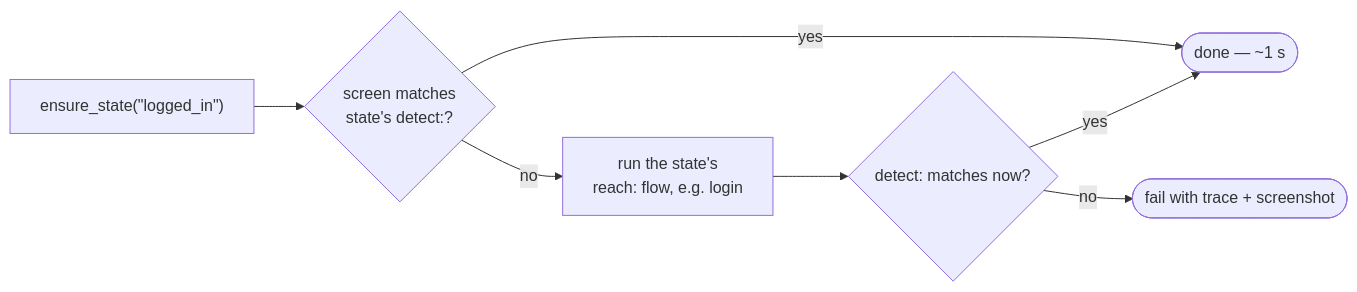
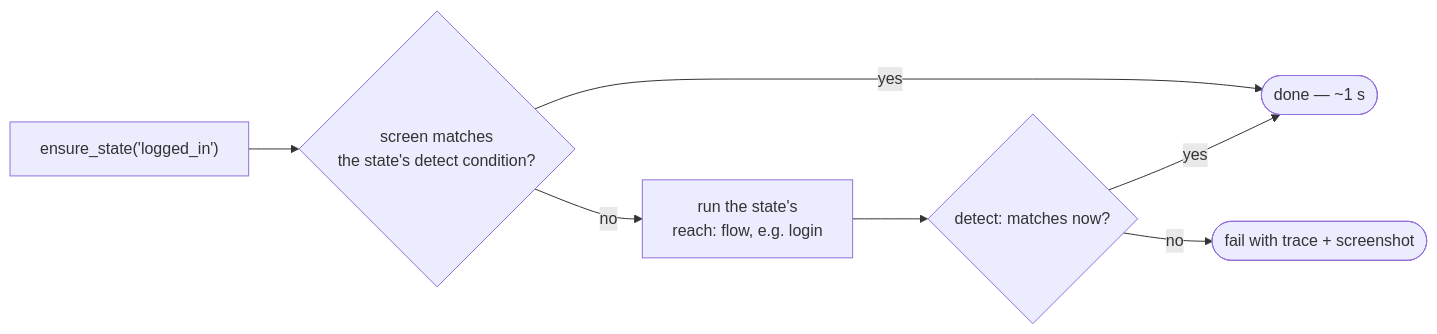
One commit to mholecy/averi changed the diagram in README.md. Above: the diagram before and after it, drawn with Mermaid.

Commit message:
docs: fix mermaid parse error on GitHub
GitHub decodes &quot; entities before mermaid parses the label, producing
nested double quotes — use single quotes inside the label instead.

Claude-Session: https://claude.ai/code/session_01Dgu4dsad6mfMTxEM7U5asE

````diff
--- a/README.md
+++ b/README.md
@@ -48,9 +48,9 @@
 ```mermaid
 flowchart LR
-    A["ensure_state(&quot;logged_in&quot;)"] --> B{"screen matches<br/>state's detect:?"}
+    A["ensure_state('logged_in')"] --> B{"screen matches<br/>the state's detect condition?"}
     B -- yes --> C(["done — ~1 s"])
     B -- no --> D["run the state's<br/>reach: flow, e.g. login"]
     D --> E{"detect: matches now?"}
     E -- yes --> C
     E -- no --> F(["fail with trace + screenshot"])
 ```
````
